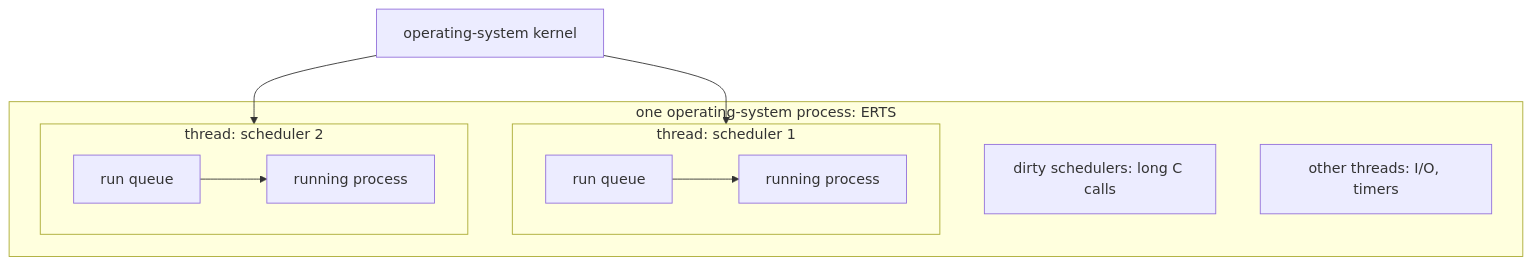
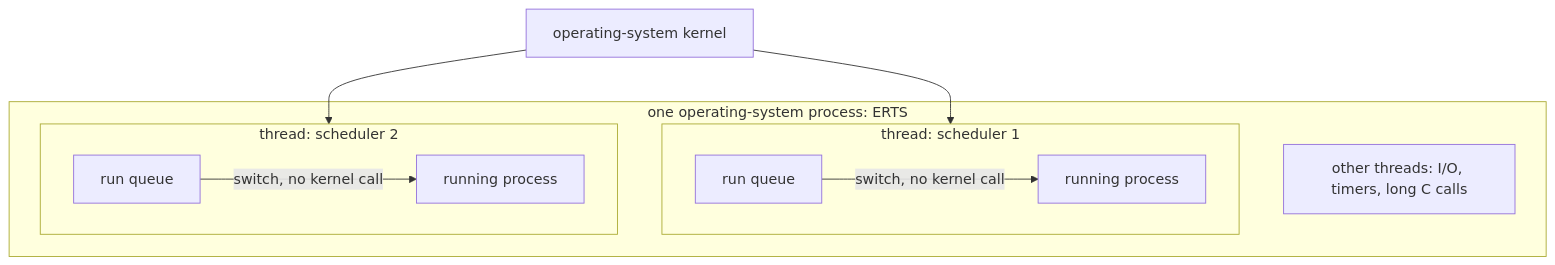
Before and after one commit to nshkrdotcom/erXos: the third of 4 diagrams in docs/book/03-erlang.md, drawn with Mermaid. The commit also changed other lines of this file, not shown here.

````diff
--- a/docs/book/03-erlang.md
+++ b/docs/book/03-erlang.md
@@ -866,15 +757,14 @@
 ```mermaid
 flowchart TB
     subgraph OS[one operating-system process: ERTS]
         subgraph T1[thread: scheduler 1]
-            Q1[run queue] --> X1[running process]
+            Q1[run queue] -->|"switch, no kernel call"| X1[running process]
         end
         subgraph T2[thread: scheduler 2]
-            Q2[run queue] --> X2[running process]
+            Q2[run queue] -->|"switch, no kernel call"| X2[running process]
         end
-        D[dirty schedulers: long C calls]
-        A[other threads: I/O, timers]
+        A[other threads: I/O, timers, long C calls]
     end
     K[operating-system kernel] --> T1
     K --> T2
 ```
````
